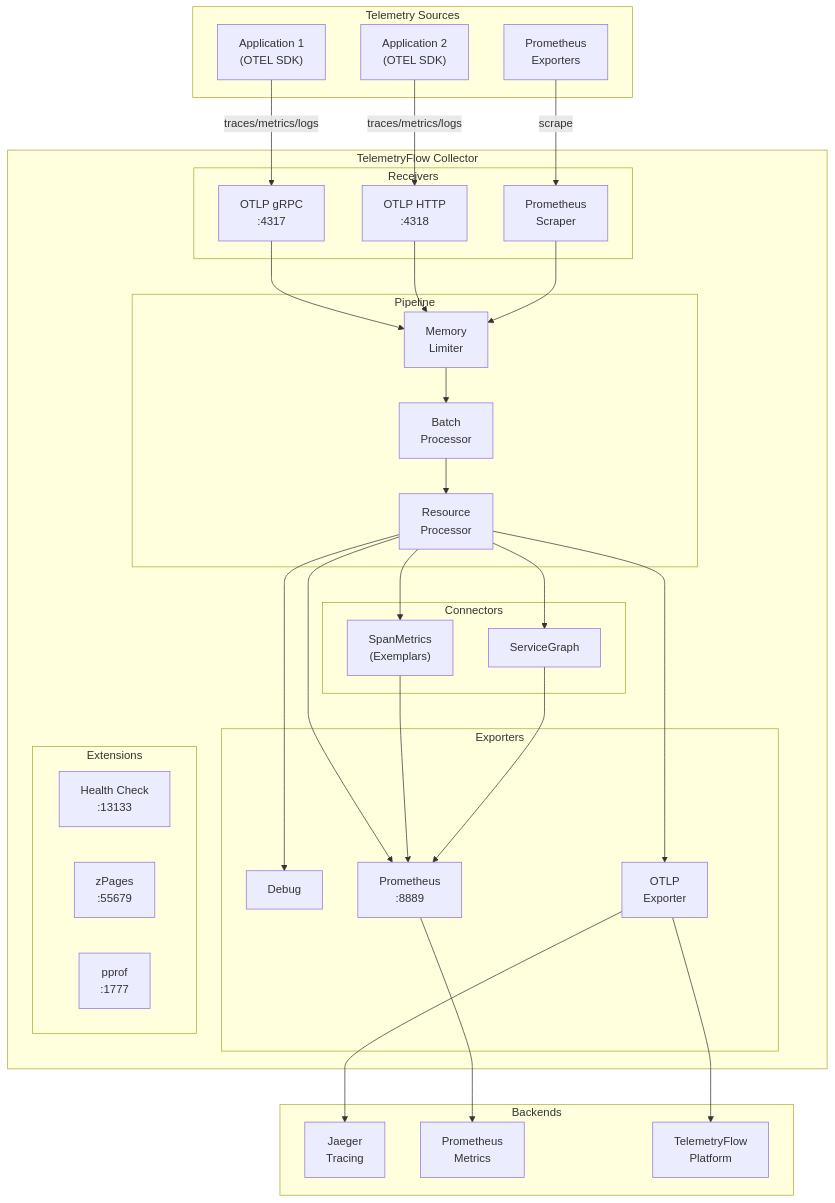
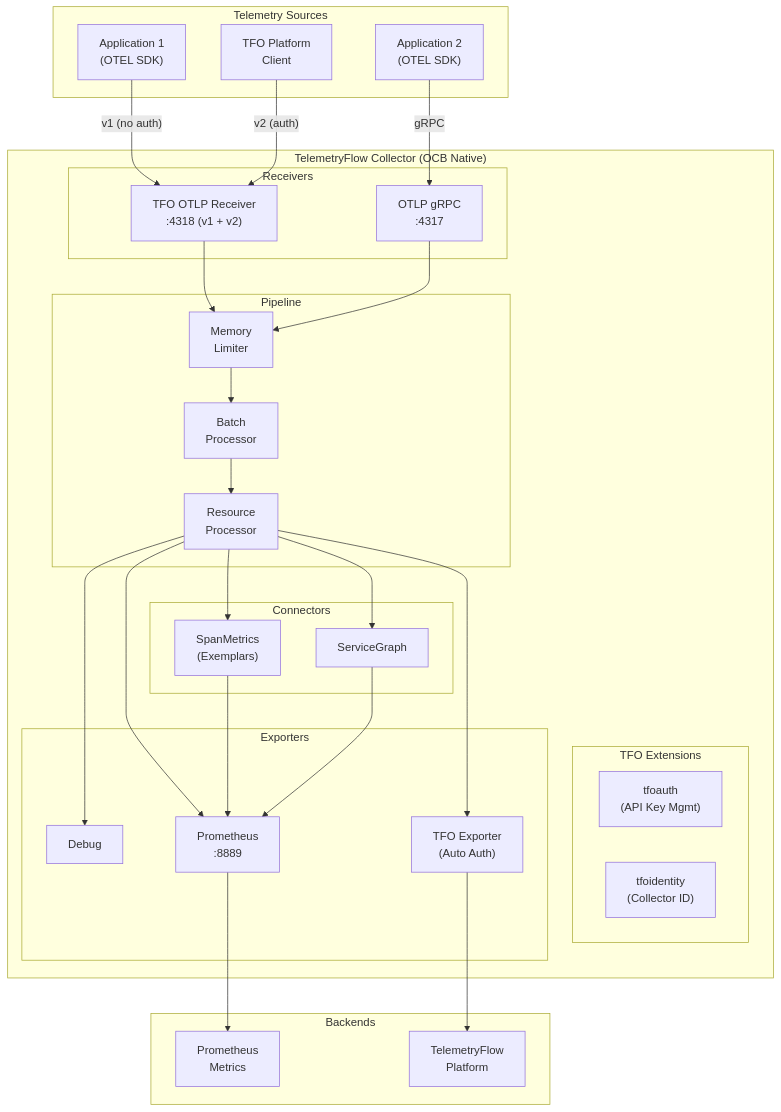
The diagram in README.md (telemetryflow/telemetryflow-collector), drawn with Mermaid before and after one commit. The commit also changed other lines of this file and 126 other files, not shown here.

Commit message:
Enhance TFO Collector (Native OCB) v1.1.2 integration & Rebuild Pipeline

````diff
--- a/README.md
+++ b/README.md
@@ -34,68 +35,63 @@
 ```mermaid
 flowchart TB
     subgraph Clients["Telemetry Sources"]
         APP1["Application 1<br/>(OTEL SDK)"]
         APP2["Application 2<br/>(OTEL SDK)"]
-        APP3["Prometheus<br/>Exporters"]
+        APP3["TFO Platform<br/>Client"]
     end
 
-    subgraph TFO["TelemetryFlow Collector"]
+    subgraph TFO["TelemetryFlow Collector (OCB Native)"]
         subgraph Receivers["Receivers"]
+            TFOOTLP["TFO OTLP Receiver<br/>:4318 (v1 + v2)"]
             OTLP_GRPC["OTLP gRPC<br/>:4317"]
-            OTLP_HTTP["OTLP HTTP<br/>:4318"]
-            PROM_RCV["Prometheus<br/>Scraper"]
+        end
+
+        subgraph Extensions["TFO Extensions"]
+            TFOAUTH["tfoauth<br/>(API Key Mgmt)"]
+            TFOIDENT["tfoidentity<br/>(Collector ID)"]
         end
 
         subgraph Pipeline["Pipeline"]
             BATCH["Batch<br/>Processor"]
             MEMLIM["Memory<br/>Limiter"]
             RESOURCE["Resource<br/>Processor"]
         end
 
         subgraph Connectors["Connectors"]
             SPANMET["SpanMetrics<br/>(Exemplars)"]
             SVCGRAPH["ServiceGraph"]
         end
 
         subgraph Exporters["Exporters"]
             DEBUG["Debug"]
             PROM_EXP["Prometheus<br/>:8889"]
-            OTLP_EXP["OTLP<br/>Exporter"]
-        end
-
-        subgraph Extensions["Extensions"]
-            HEALTH["Health Check<br/>:13133"]
-            ZPAGES["zPages<br/>:55679"]
-            PPROF["pprof<br/>:1777"]
+            TFO_EXP["TFO Exporter<br/>(Auto Auth)"]
         end
     end
 
     subgraph Backends["Backends"]
-        JAEGER["Jaeger<br/>Tracing"]
         PROMETHEUS["Prometheus<br/>Metrics"]
         TFO_BACKEND["TelemetryFlow<br/>Platform"]
     end
 
-    APP1 -->|"traces/metrics/logs"| OTLP_GRPC
-    APP2 -->|"traces/metrics/logs"| OTLP_HTTP
-    APP3 -->|"scrape"| PROM_RCV
+    APP1 -->|"v1 (no auth)"| TFOOTLP
+    APP2 -->|"gRPC"| OTLP_GRPC
+    APP3 -->|"v2 (auth)"| TFOOTLP
 
+    TFOOTLP --> MEMLIM
     OTLP_GRPC --> MEMLIM
-    OTLP_HTTP --> MEMLIM
-    PROM_RCV --> MEMLIM
 
     MEMLIM --> BATCH
     BATCH --> RESOURCE
     RESOURCE --> SPANMET
     RESOURCE --> SVCGRAPH
     RESOURCE --> DEBUG
     RESOURCE --> PROM_EXP
-    RESOURCE --> OTLP_EXP
+    RESOURCE --> TFO_EXP
 
     SPANMET --> PROM_EXP
     SVCGRAPH --> PROM_EXP
 
-    OTLP_EXP --> JAEGER
-    OTLP_EXP --> TFO_BACKEND
+    TFO_EXP --> TFO_BACKEND
     PROM_EXP --> PROMETHEUS
 ```
````
